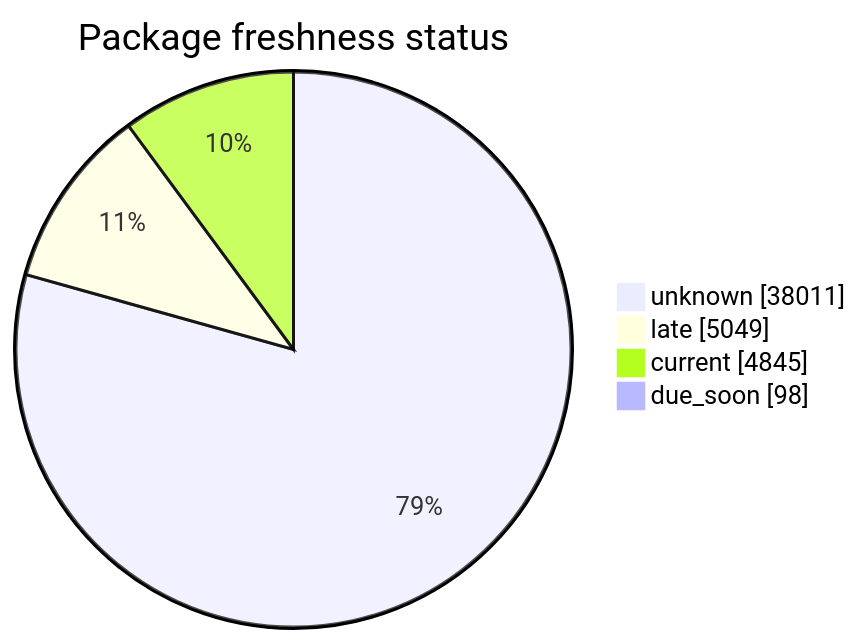
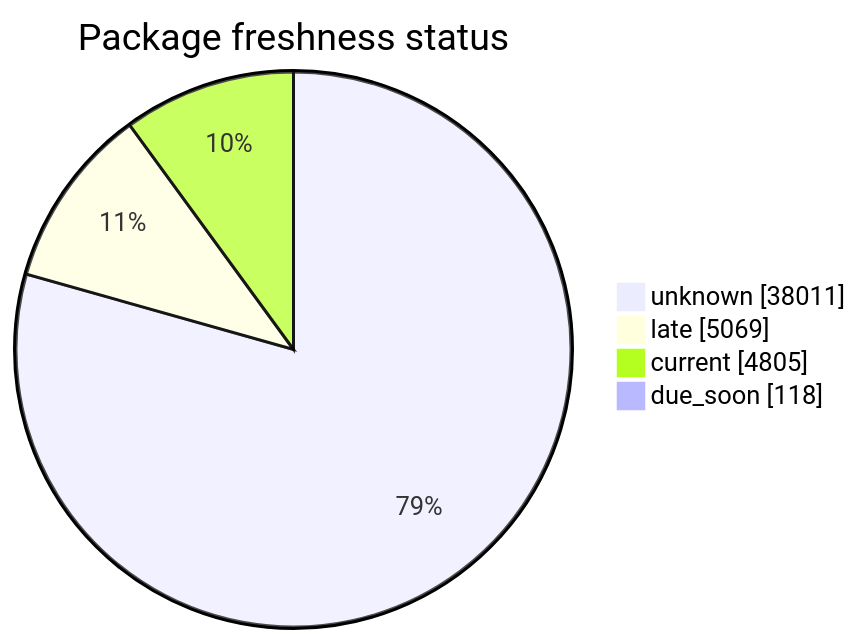
One commit to open-data/analytics-corporate-reporting changed the second of 5 diagrams in FreshCheck/README.md. Above: the diagram before and after it, drawn with Mermaid. The commit also changed other lines of this file and 3 other files, not shown here.

````diff
--- a/FreshCheck/README.md
+++ b/FreshCheck/README.md
@@ -68,7 +68,7 @@
 ```mermaid
 pie showData title Package freshness status
     "unknown": 38011
-    "late": 5049
-    "current": 4845
-    "due_soon": 98
+    "late": 5069
+    "current": 4805
+    "due_soon": 118
 ```
````
